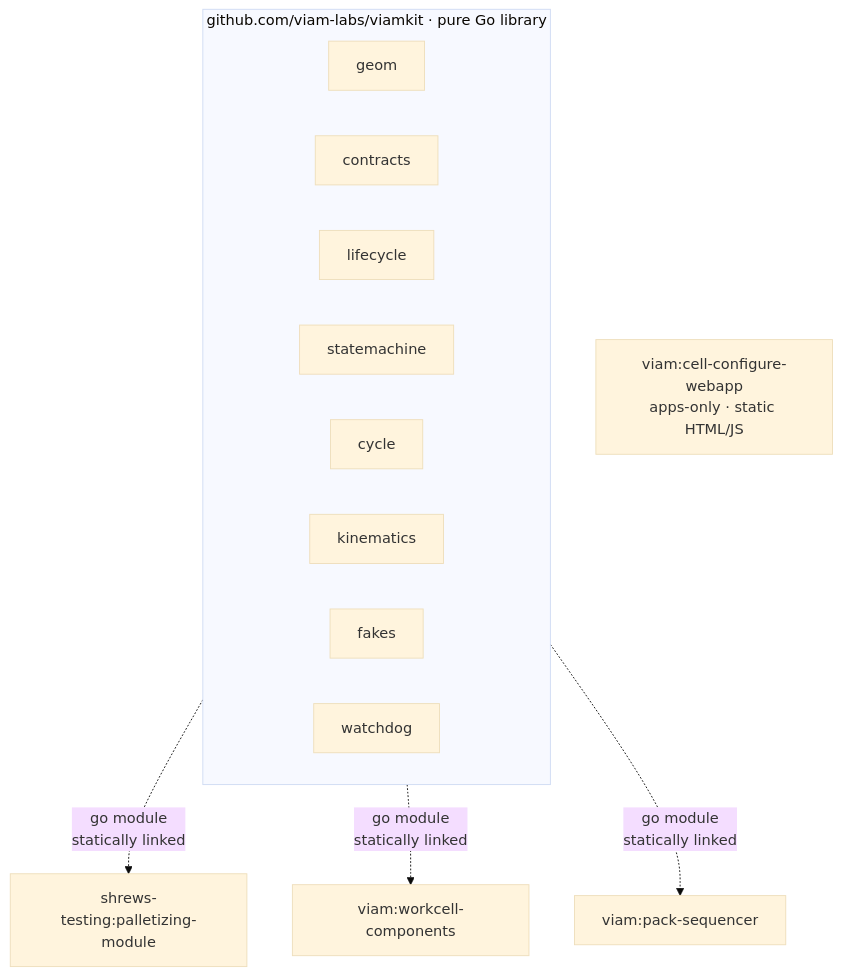
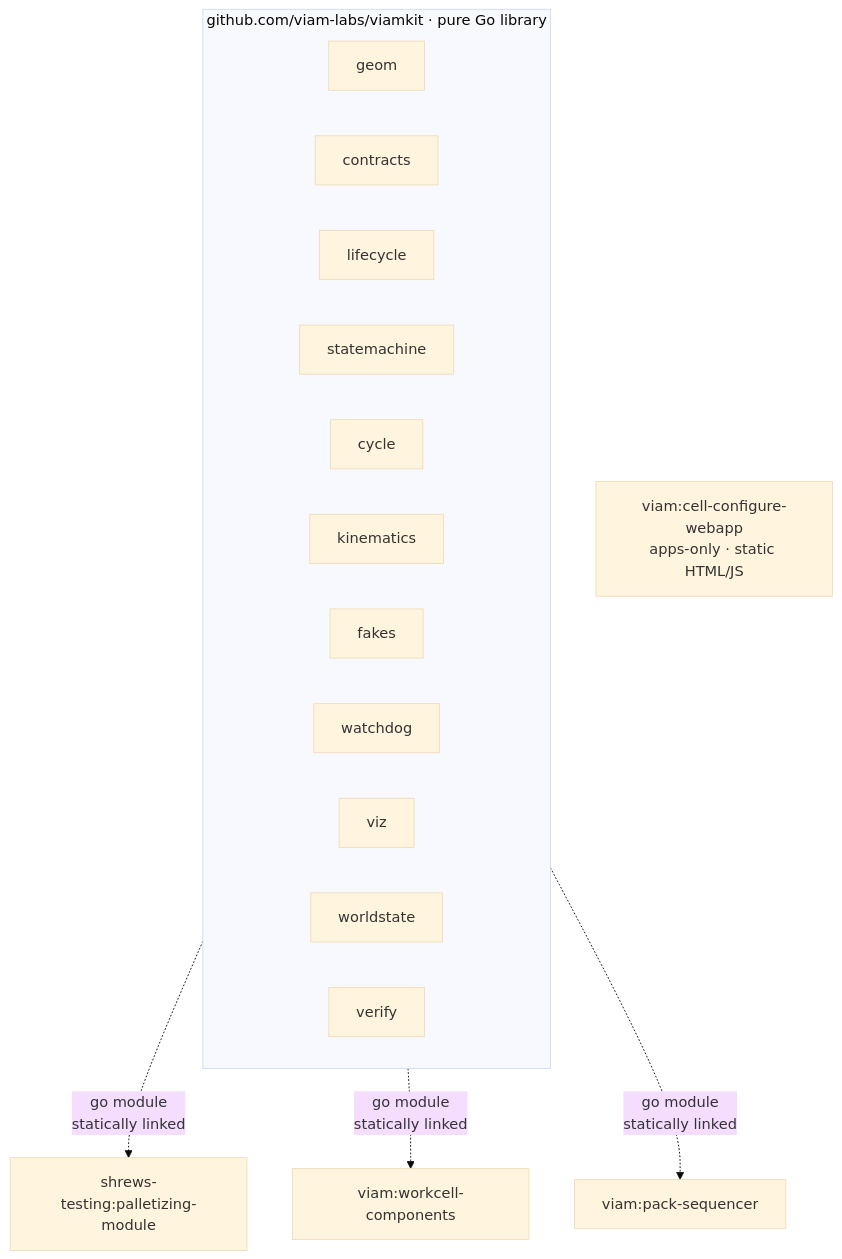
Before and after one commit to viam-labs/viamkit: the first of 2 diagrams in docs/ecosystem.md, drawn with Mermaid (base theme). The commit also changed other lines of this file and 38 other files, not shown here.

````diff
--- a/docs/ecosystem.md
+++ b/docs/ecosystem.md
@@ -30,23 +32,26 @@
 ```mermaid
 graph TB
     subgraph viamkit["github.com/viam-labs/viamkit · pure Go library"]
         direction LR
         geom[geom]
         contracts[contracts]
         lifecycle[lifecycle]
         statemachine[statemachine]
         cycle[cycle]
         kinematics[kinematics]
         fakes[fakes]
         watchdog[watchdog]
+        viz[viz]
+        worldstate[worldstate]
+        verify[verify]
     end
 
     palletizer[shrews-testing:palletizing-module]
     workcell[viam:workcell-components]
     packseq[viam:pack-sequencer]
     webapp[viam:cell-configure-webapp<br/>apps-only · static HTML/JS]
 
     viamkit -.->|go module<br/>statically linked| palletizer
     viamkit -.->|go module<br/>statically linked| workcell
     viamkit -.->|go module<br/>statically linked| packseq
 ```
````
